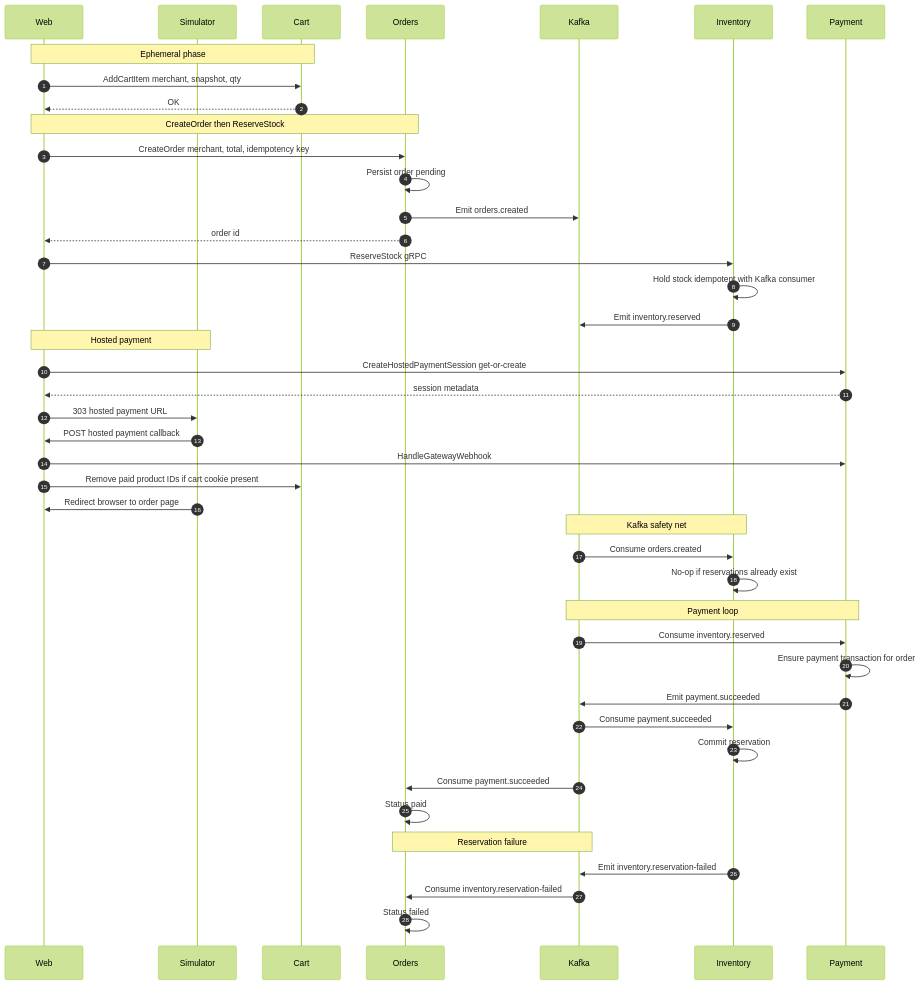
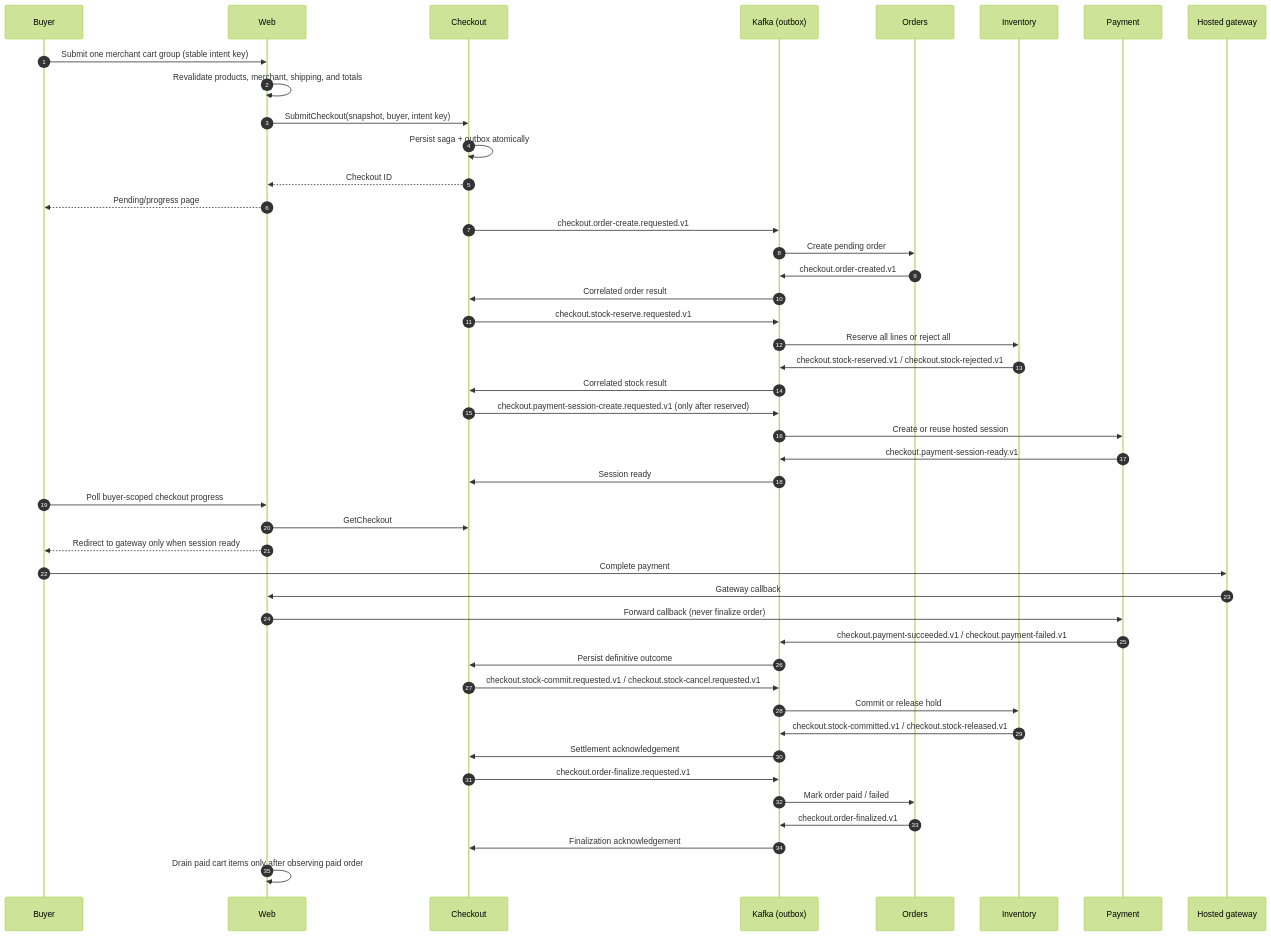
Before and after one commit to phuchoang2603/refurbished-marketplace: the diagram in docs/order-placement.md, drawn with Mermaid (forest theme). The commit also changed other lines of this file and 123 other files, not shown here.

Commit message:
feat(checkout): orchestrate checkout with durable saga

````diff
--- a/docs/order-placement.md
+++ b/docs/order-placement.md
@@ -14,51 +7,48 @@
 ```mermaid
 sequenceDiagram
     autonumber
-    participant WEB as Web
-    participant SIM as Simulator
-    participant CRT as Cart
-    participant ORD as Orders
-    participant K as Kafka
-    participant INV as Inventory
-    participant PAY as Payment
+    participant B as Buyer
+    participant W as Web
+    participant C as Checkout
+    participant K as Kafka (outbox)
+    participant O as Orders
+    participant I as Inventory
+    participant P as Payment
+    participant G as Hosted gateway
 
-    Note over WEB,CRT: Ephemeral phase
-    WEB->>CRT: AddCartItem merchant, snapshot, qty
-    CRT-->>WEB: OK
-
-    Note over WEB,ORD: CreateOrder then ReserveStock
-    WEB->>ORD: CreateOrder merchant, total, idempotency key
-    ORD->>ORD: Persist order pending
-    ORD->>K: Emit orders.created
-    ORD-->>WEB: order id
-    WEB->>INV: ReserveStock gRPC
-    INV->>INV: Hold stock idempotent with Kafka consumer
-    INV->>K: Emit inventory.reserved
-
-    Note over WEB,SIM: Hosted payment
-    WEB->>PAY: CreateHostedPaymentSession get-or-create
-    PAY-->>WEB: session metadata
-    WEB->>SIM: 303 hosted payment URL
-    SIM->>WEB: POST hosted payment callback
-    WEB->>PAY: HandleGatewayWebhook
-    WEB->>CRT: Remove paid product IDs if cart cookie present
-    SIM->>WEB: Redirect browser to order page
-
-    Note over K,INV: Kafka safety net
-    K->>INV: Consume orders.created
-    INV->>INV: No-op if reservations already exist
-
-    Note over K,PAY: Payment loop
-    K->>PAY: Consume inventory.reserved
-    PAY->>PAY: Ensure payment transaction for order
-    PAY->>K: Emit payment.succeeded
-    K->>INV: Consume payment.succeeded
-    INV->>INV: Commit reservation
-    K->>ORD: Consume payment.succeeded
-    ORD->>ORD: Status paid
-
-    Note over K,ORD: Reservation failure
-    INV->>K: Emit inventory.reservation-failed
-    K->>ORD: Consume inventory.reservation-failed
-    ORD->>ORD: Status failed
+    B->>W: Submit one merchant cart group (stable intent key)
+    W->>W: Revalidate products, merchant, shipping, and totals
+    W->>C: SubmitCheckout(snapshot, buyer, intent key)
+    C->>C: Persist saga + outbox atomically
+    C-->>W: Checkout ID
+    W-->>B: Pending/progress page
+    C->>K: checkout.order-create.requested.v1
+    K->>O: Create pending order
+    O->>K: checkout.order-created.v1
+    K->>C: Correlated order result
+    C->>K: checkout.stock-reserve.requested.v1
+    K->>I: Reserve all lines or reject all
+    I->>K: checkout.stock-reserved.v1 / checkout.stock-rejected.v1
+    K->>C: Correlated stock result
+    C->>K: checkout.payment-session-create.requested.v1 (only after reserved)
+    K->>P: Create or reuse hosted session
+    P->>K: checkout.payment-session-ready.v1
+    K->>C: Session ready
+    B->>W: Poll buyer-scoped checkout progress
+    W->>C: GetCheckout
+    W-->>B: Redirect to gateway only when session ready
+    B->>G: Complete payment
+    G->>W: Gateway callback
+    W->>P: Forward callback (never finalize order)
+    P->>K: checkout.payment-succeeded.v1 / checkout.payment-failed.v1
+    K->>C: Persist definitive outcome
+    C->>K: checkout.stock-commit.requested.v1 / checkout.stock-cancel.requested.v1
+    K->>I: Commit or release hold
+    I->>K: checkout.stock-committed.v1 / checkout.stock-released.v1
+    K->>C: Settlement acknowledgement
+    C->>K: checkout.order-finalize.requested.v1
+    K->>O: Mark order paid / failed
+    O->>K: checkout.order-finalized.v1
+    K->>C: Finalization acknowledgement
+    W->>W: Drain paid cart items only after observing paid order
 ```
````
